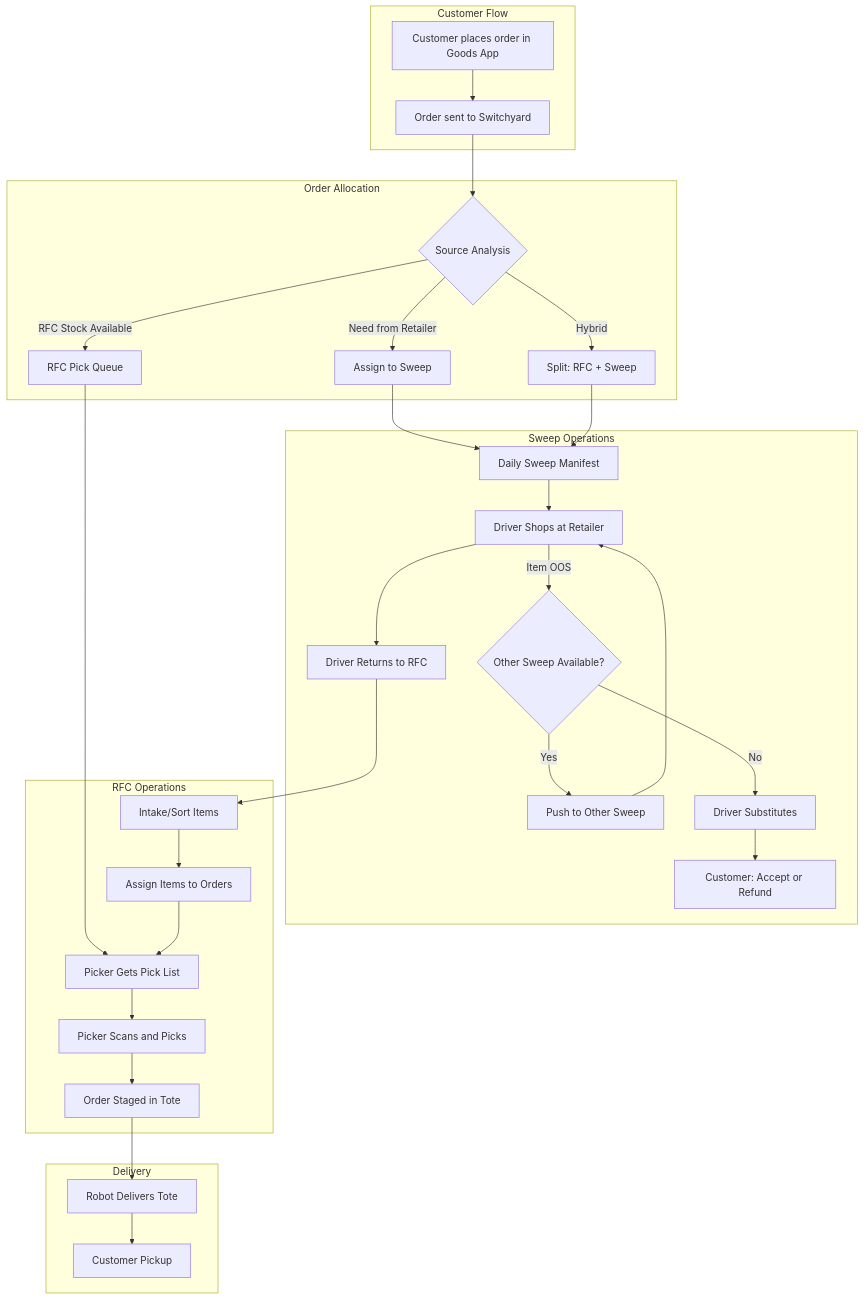
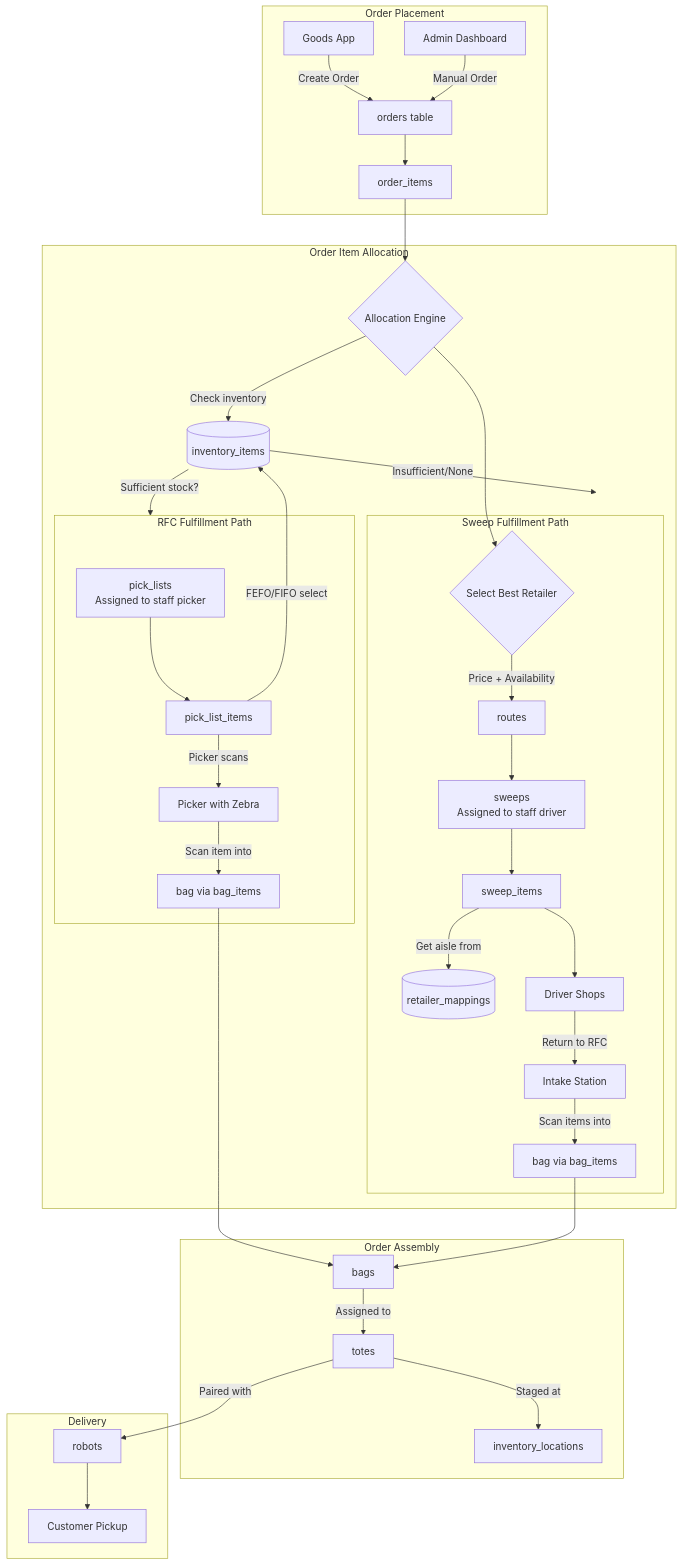
Before and after one commit to andrewdyar/switchyard: the first of 2 diagrams in docs/architecture/order-flow.mdx, drawn with Mermaid. The commit also changed other lines of this file and 68 other files, not shown here.

First line of the commit message:
refactor: Complete database schema restructuring and cleanup

````diff
--- a/docs/architecture/order-flow.mdx
+++ b/docs/architecture/order-flow.mdx
@@ -21,39 +21,47 @@
 ```mermaid
 flowchart TD
-    subgraph CustomerFlow [Customer Flow]
-        A[Customer places order in Goods App] --> B[Order sent to Switchyard]
+    subgraph OrderPlacement [Order Placement]
+        APP[Goods App] --> |Create Order| ORD[orders table]
+        ADMIN[Admin Dashboard] --> |Manual Order| ORD
+        ORD --> OI[order_items]
     end
     
-    subgraph Allocation [Order Allocation]
-        B --> C{Source Analysis}
-        C -->|RFC Stock Available| D[RFC Pick Queue]
-        C -->|Need from Retailer| E[Assign to Sweep]
-        C -->|Hybrid| F[Split: RFC + Sweep]
+    subgraph Allocation [Order Item Allocation]
+        OI --> ALLOC{Allocation Engine}
+        ALLOC --> |Check inventory| INV[(inventory_items)]
+        INV --> |Sufficient stock?| PICK_PATH
+        INV --> |Insufficient/None| SWEEP_PATH
     end
     
-    subgraph SweepFlow [Sweep Operations]
-        E --> G[Daily Sweep Manifest]
-        F --> G
-        G --> H[Driver Shops at Retailer]
-        H -->|Item OOS| I{Other Sweep Available?}
-        I -->|Yes| J[Push to Other Sweep]
-        I -->|No| K[Driver Substitutes]
-        K --> L[Customer: Accept or Refund]
-        H --> M[Driver Returns to RFC]
-        J --> H
+    subgraph PICK_PATH [RFC Fulfillment Path]
+        PL[pick_lists<br/>Assigned to staff picker] --> PLI[pick_list_items]
+        PLI --> |FEFO/FIFO select| INV
+        PLI --> |Picker scans| PICKER[Picker with Zebra]
+        PICKER --> |Scan item into| BAG_PICK[bag via bag_items]
     end
     
-    subgraph RFCFlow [RFC Operations]
-        M --> N[Intake/Sort Items]
-        N --> O[Assign Items to Orders]
-        D --> P[Picker Gets Pick List]
-        O --> P
-        P --> Q[Picker Scans and Picks]
-        Q --> R[Order Staged in Tote]
+    subgraph SWEEP_PATH [Sweep Fulfillment Path]
+        RETAILER_SELECT{Select Best Retailer}
+        RETAILER_SELECT --> |Price + Availability| RT[routes]
+        RT --> SW[sweeps<br/>Assigned to staff driver]
+        SW --> SWI[sweep_items]
+        SWI --> |Get aisle from| RM[(retailer_mappings)]
+        SWI --> DRIVER[Driver Shops]
+        DRIVER --> |Return to RFC| INTAKE[Intake Station]
+        INTAKE --> |Scan items into| BAG_SWEEP[bag via bag_items]
+    end
+    
+    subgraph Assembly [Order Assembly]
+        BAG_PICK --> BAGS[bags]
+        BAG_SWEEP --> BAGS
+        BAGS --> |Assigned to| TOTES[totes]
+        TOTES --> |Staged at| LOC[inventory_locations]
     end
     
     subgraph Delivery [Delivery]
-        R --> S[Robot Delivers Tote]
-        S --> T[Customer Pickup]
+        TOTES --> |Paired with| ROBOT[robots]
+        ROBOT --> CUSTOMER[Customer Pickup]
     end
+    
+    ALLOC --> RETAILER_SELECT
 ```
````
